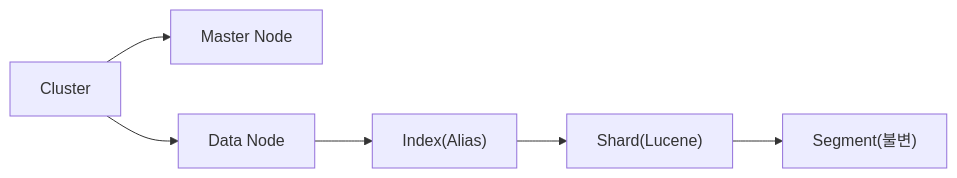
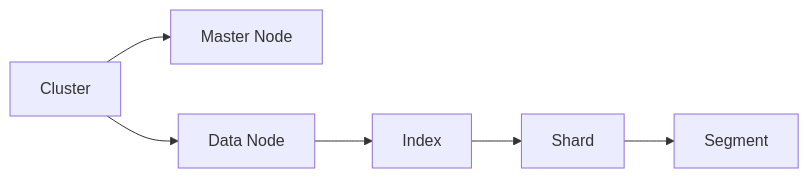
The sixth of 6 diagrams in _posts/nosql/2026-05-03-elasticsearch-deep.md (yjkim2015/yjkim2015.github.io), drawn with Mermaid before and after one commit. The commit also changed other lines of this file and 245 other files, not shown here.

First line of the commit message:
Mermaid 다이어그램 전면 수정 + 면접 포인트 접기/펼치기 + DB 데드락 페이지

````diff
--- a/_posts/nosql/2026-05-03-elasticsearch-deep.md
+++ b/_posts/nosql/2026-05-03-elasticsearch-deep.md
@@ -1346,8 +1350,8 @@
 ```mermaid
 graph LR
     CL["Cluster"] --> MASTER["Master Node"]
     CL --> DATA["Data Node"]
-    DATA --> IDX["Index(Alias)"]
-    IDX --> SHARD["Shard(Lucene)"]
-    SHARD --> SEG["Segment(불변)"]
+    DATA --> IDX["Index"]
+    IDX --> SHARD["Shard"]
+    SHARD --> SEG["Segment"]
 ```
````
